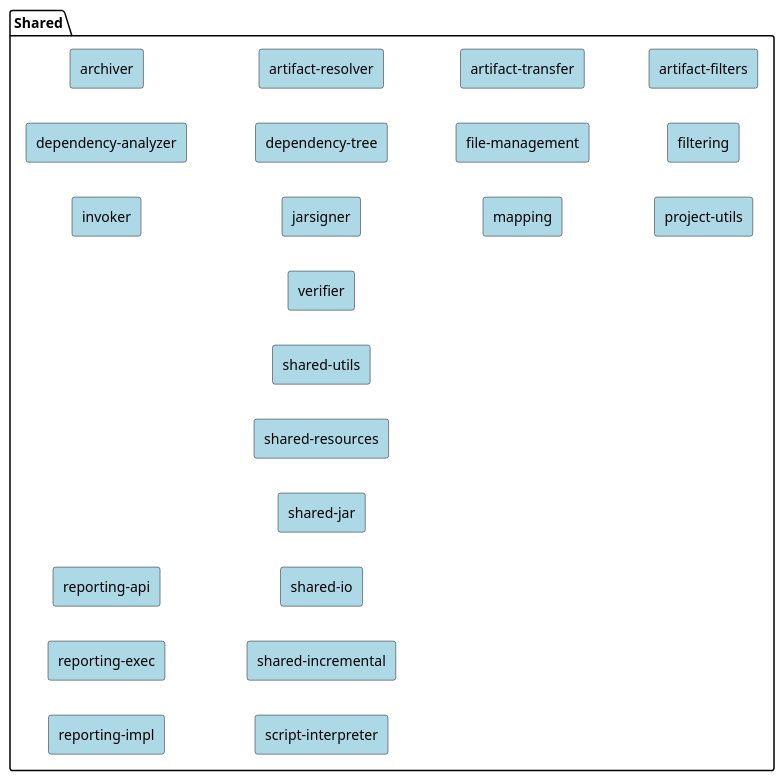
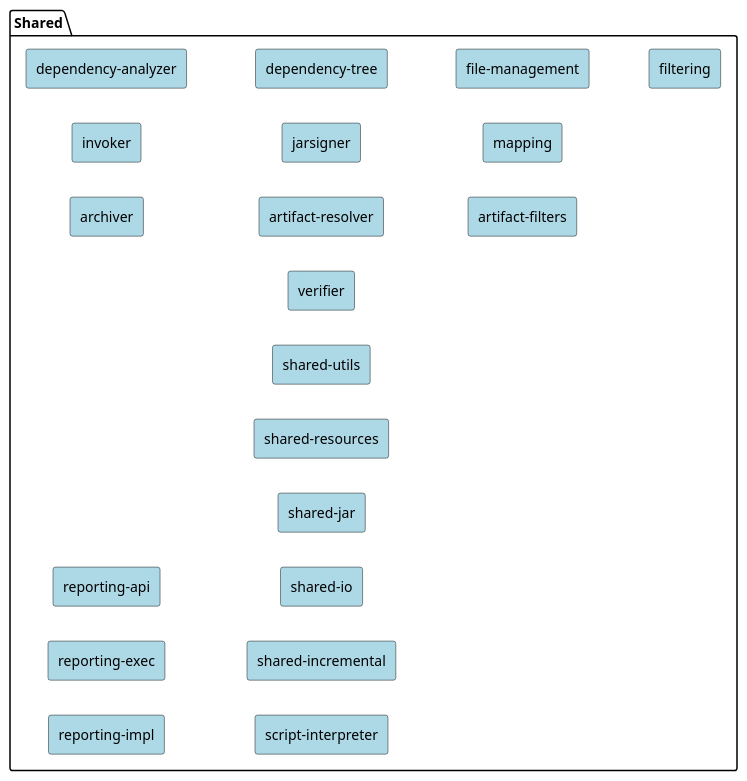
Before and after one commit to apache/maven-site: the diagram in src/plantuml/maven-sources/shared.puml, drawn with PlantUML. The commit also changed 1 other file, not shown here.

```diff
--- a/src/plantuml/maven-sources/shared.puml
+++ b/src/plantuml/maven-sources/shared.puml
@@ -19,85 +19,77 @@
 @startuml
 
 <style>
 
     rectangle {
         BackgroundColor LightBlue
     }
 }
 </style>
 
 package "Shared" {
 
 left to right direction
 
   rectangle "archiver"
   rectangle "artifact-resolver"
-  rectangle "artifact-transfer"
   rectangle "artifact-filters"
   rectangle "dependency-analyzer"
   rectangle "dependency-tree"
   rectangle "file-management"
   rectangle "filtering"
   rectangle "invoker"
   rectangle "jarsigner"
   rectangle "mapping"
-  rectangle "project-utils"
   rectangle "reporting-api"
   rectangle "reporting-exec"
   rectangle "reporting-impl"
   rectangle "script-interpreter"
   rectangle "shared-incremental"
   rectangle "shared-io"
   rectangle "shared-jar"
   rectangle "shared-resources"
   rectangle "shared-utils"
   rectangle "verifier"
 }
 
 'hidden dependencies to change layout
 "archiver" -[hidden]down- "artifact-resolver"
-"artifact-resolver" -[hidden]down- "artifact-transfer"
-"artifact-transfer" -[hidden]down- "artifact-filters"
-
-"archiver"  -[hidden]left- "dependency-analyzer"
+"artifact-resolver" -[hidden]down- "artifact-filters"
 "dependency-analyzer" -[hidden]down- "dependency-tree"
 "dependency-tree" -[hidden]down- "file-management"
 "file-management" -[hidden]down- "filtering"
 
 "dependency-analyzer" -[hidden]left- "invoker"
 "invoker" -[hidden]down- "jarsigner"
 "jarsigner" -[hidden]down- "mapping"
-"mapping" -[hidden]down- "project-utils"
 
 "reporting-api" -[hidden]down-> "script-interpreter"
 "script-interpreter" -[hidden]> "shared-incremental"
 "shared-incremental" -[hidden]> "shared-io"
 "shared-io" -[hidden]> "shared-jar"
 "shared-jar" -[hidden]> "shared-resources"
 "shared-resources" -[hidden]> "shared-utils"
 "shared-utils" -[hidden]> "verifier"
 
 
 url of "archiver" is [[https://github.com/apache/maven-archiver]]
 url of "artifact-resolver" is [[https://github.com/apache/maven-resolver]]
-url of "artifact-transfer" is [[https://github.com/apache/maven-artifact-transfer]]
 url of "artifact-filters" is [[https://github.com/apache/maven-common-artifact-filters]]
 url of "dependency-analyzer" is [[https://github.com/apache/maven-dependency-analyzer]]
 url of "dependency-tree" is [[https://github.com/apache/maven-dependency-tree]]
 url of "file-management" is [[https://github.com/apache/maven-file-management]]
 url of "filtering" is [[https://github.com/apache/maven-filtering]]
 url of "invoker" is [[https://github.com/apache/maven-invoker]]
 url of "jarsigner" is [[https://github.com/apache/maven-jarsigner]]
 url of "mapping" is [[https://github.com/apache/maven-mapping]]
-url of "project-utils" is [[https://github.com/apache/maven-project-utils]]
 url of "reporting-api" is [[https://github.com/apache/maven-reporting-api]]
 url of "reporting-exec" is [[https://github.com/apache/maven-reporting-exec]]
 url of "reporting-impl" is [[https://github.com/apache/maven-reporting-impl]]
 url of "script-interpreter" is [[https://github.com/apache/maven-script-interpreter]]
 url of "shared-incremental" is [[https://github.com/apache/maven-shared-incremental]]
 url of "shared-io" is [[https://github.com/apache/maven-shared-io]]
 url of "shared-jar" is [[https://github.com/apache/maven-shared-jar]]
 url of "shared-resources" is [[https://github.com/apache/maven-shared-resources]]
 url of "shared-utils" is [[https://github.com/apache/maven-shared-utils]]
 url of "verifier" is [[https://github.com/apache/maven-verifier]]
 @enduml
```
